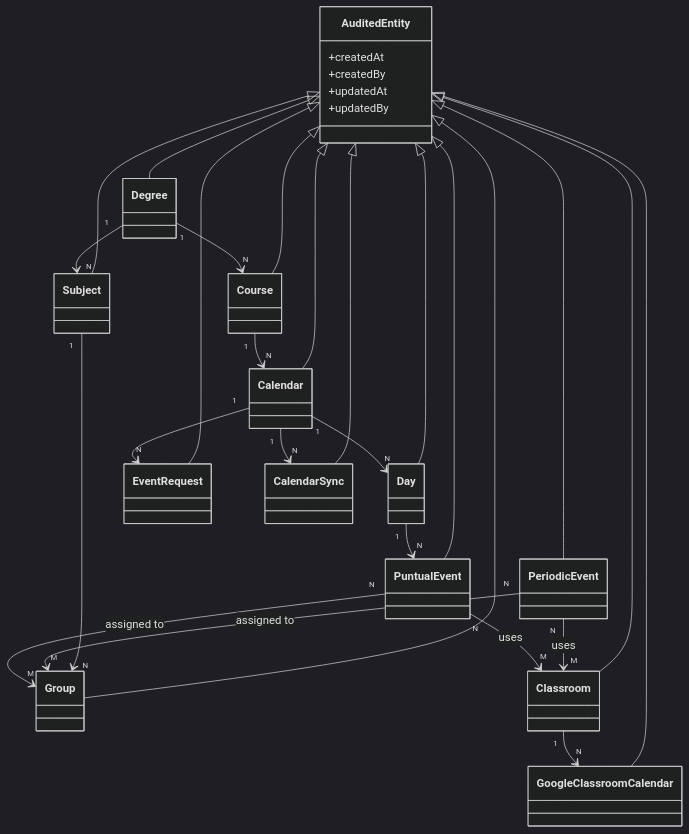
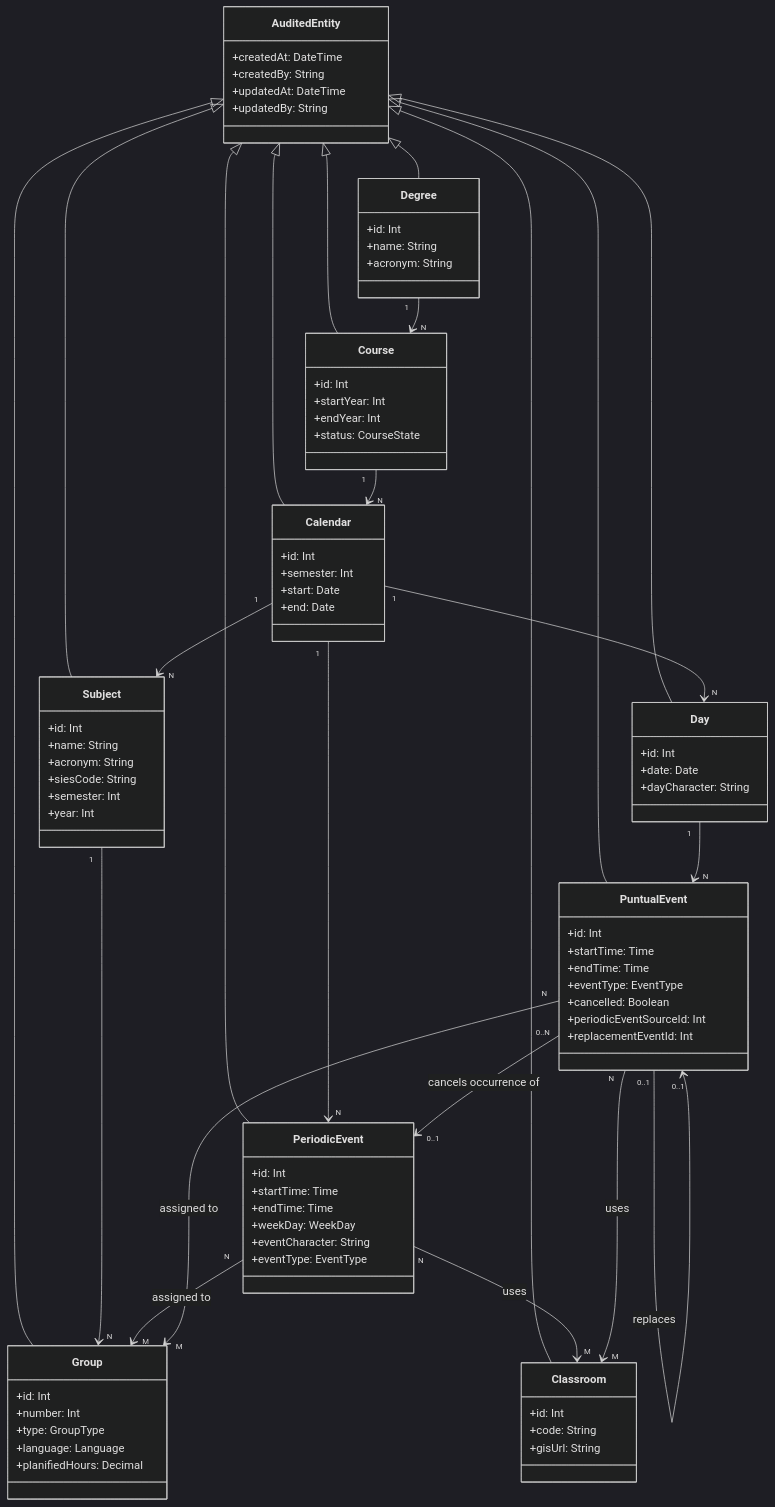
Before and after one commit to Murias10/TeachingPlanner: the seventh of 8 diagrams in docs/capitulo4_system_requirements.md, drawn with Mermaid (dark theme). The commit also changed other lines of this file and 1 other file, not shown here.

Commit message:
Refactor code structure for improved readability and maintainability

````diff
--- a/docs/capitulo4_system_requirements.md
+++ b/docs/capitulo4_system_requirements.md
@@ -1057,23 +1058,70 @@
 ```mermaid
 classDiagram
     class AuditedEntity {
-        +createdAt
-        +createdBy
-        +updatedAt
-        +updatedBy
+        +createdAt: DateTime
+        +createdBy: String
+        +updatedAt: DateTime
+        +updatedBy: String
     }
-    class Degree
-    class Course
-    class Calendar
-    class Day
-    class Subject
-    class Group
-    class Classroom
-    class PeriodicEvent
-    class PuntualEvent
-    class EventRequest
-    class CalendarSync
-    class GoogleClassroomCalendar
+    class Degree {
+        +id: Int
+        +name: String
+        +acronym: String
+    }
+    class Course {
+        +id: Int
+        +startYear: Int
+        +endYear: Int
+        +status: CourseState
+    }
+    class Calendar {
+        +id: Int
+        +semester: Int
+        +start: Date
+        +end: Date
+    }
+    class Day {
+        +id: Int
+        +date: Date
+        +dayCharacter: String
+    }
+    class Subject {
+        +id: Int
+        +name: String
+        +acronym: String
+        +siesCode: String
+        +semester: Int
+        +year: Int
+    }
+    class Group {
+        +id: Int
+        +number: Int
+        +type: GroupType
+        +language: Language
+        +planifiedHours: Decimal
+    }
+    class Classroom {
+        +id: Int
+        +code: String
+        +gisUrl: String
+    }
+    class PeriodicEvent {
+        +id: Int
+        +startTime: Time
+        +endTime: Time
+        +weekDay: WeekDay
+        +eventCharacter: String
+        +eventType: EventType
+    }
+    class PuntualEvent {
+        +id: Int
+        +startTime: Time
+        +endTime: Time
+        +eventType: EventType
+        +cancelled: Boolean
+        +periodicEventSourceId: Int
+        +replacementEventId: Int
+    }
 
     AuditedEntity <|-- Degree
     AuditedEntity <|-- Course
@@ -1084,21 +1132,18 @@
     AuditedEntity <|-- Classroom
     AuditedEntity <|-- PeriodicEvent
     AuditedEntity <|-- PuntualEvent
-    AuditedEntity <|-- EventRequest
-    AuditedEntity <|-- CalendarSync
-    AuditedEntity <|-- GoogleClassroomCalendar
 
     Degree "1" --> "N" Course
-    Degree "1" --> "N" Subject
     Course "1" --> "N" Calendar
+    Calendar "1" --> "N" Subject
+    Calendar "1" --> "N" PeriodicEvent
     Subject "1" --> "N" Group
     Calendar "1" --> "N" Day
-    Calendar "1" --> "N" EventRequest
-    Calendar "1" --> "N" CalendarSync
     Day "1" --> "N" PuntualEvent
     PeriodicEvent "N" --> "M" Group : assigned to
     PeriodicEvent "N" --> "M" Classroom : uses
     PuntualEvent "N" --> "M" Group : assigned to
     PuntualEvent "N" --> "M" Classroom : uses
-    Classroom "1" --> "N" GoogleClassroomCalendar
+    PuntualEvent "0..1" --> "0..1" PuntualEvent : replaces
+    PuntualEvent "0..N" --> "0..1" PeriodicEvent : cancels occurrence of
 ```
````
